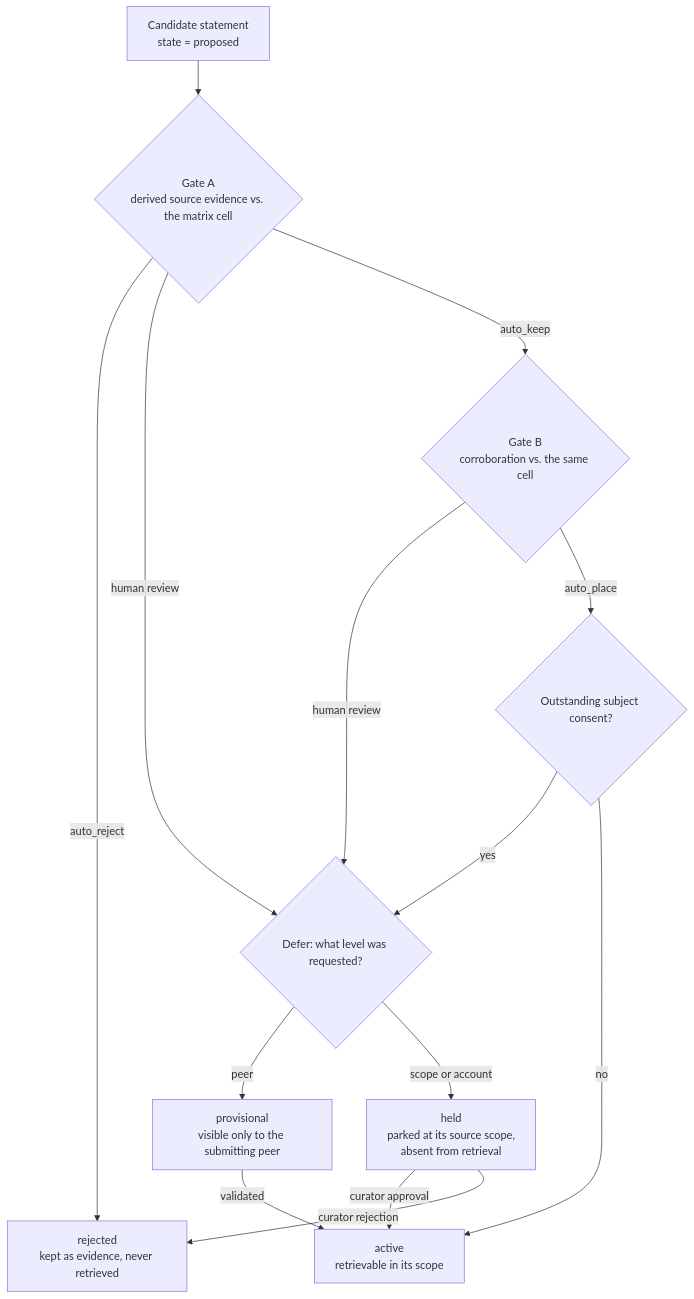
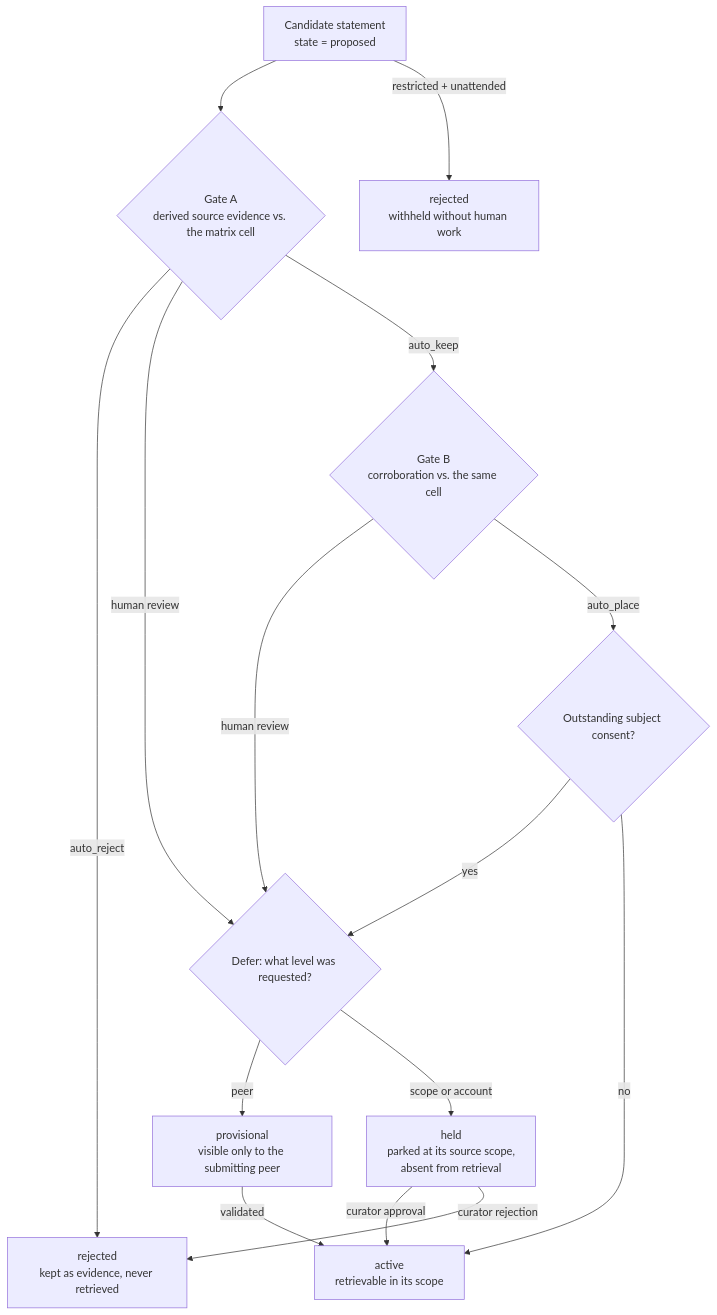
Before and after one commit to memhousehq/memhouse: the first of 2 diagrams in docs/concepts/governance.md, drawn with Mermaid. The commit also changed other lines of this file and 10 other files, not shown here.

Commit message:
Withhold restricted knowledge in unattended mode

````diff
--- a/docs/concepts/governance.md
+++ b/docs/concepts/governance.md
@@ -8,19 +8,20 @@
 ```mermaid
 flowchart TD
     P[Candidate statement<br/>state = proposed] --> A{Gate A<br/>derived source evidence vs. the matrix cell}
     A -->|auto_reject| R[rejected<br/>kept as evidence, never retrieved]
     A -->|human review| D
     A -->|auto_keep| B{Gate B<br/>corroboration vs. the same cell}
     B -->|human review| D
     B -->|auto_place| C{Outstanding subject consent?}
     C -->|yes| D
     C -->|no| ACT[active<br/>retrievable in its scope]
+    P -->|restricted + unattended| W[rejected<br/>withheld without human work]
 
     D{Defer: what level was requested?}
     D -->|peer| PROV[provisional<br/>visible only to the submitting peer]
     D -->|scope or account| HELD[held<br/>parked at its source scope,<br/>absent from retrieval]
 
     PROV -->|validated| ACT
     HELD -->|curator approval| ACT
     HELD -->|curator rejection| R
 ```
````
